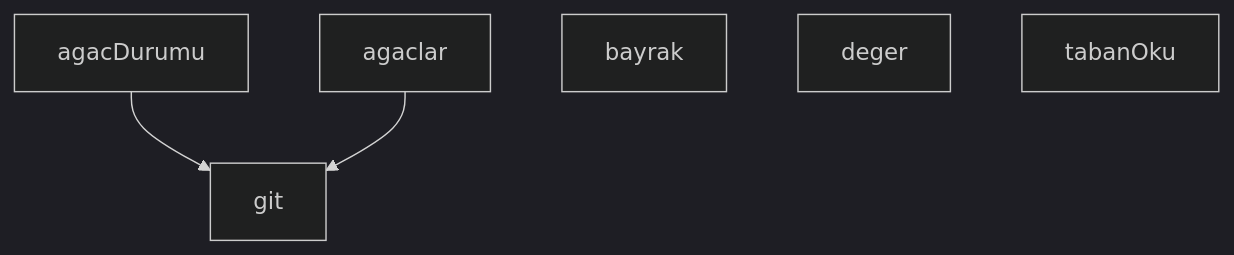
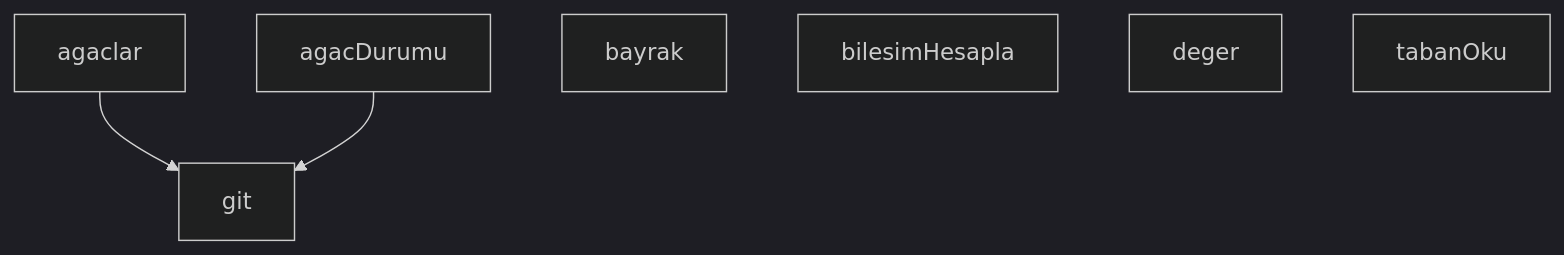
Before and after one commit to peckop/venthub-hvac-esite: the diagram in scripts/hijyen/kirli-sayac.md, drawn with Mermaid (dark theme). The commit also changed other lines of this file, not shown here.

First line of the commit message:
REC-84 Kol-4 (TEMIZLIK): bilesim raporu companion tazelendi

````diff
--- a/scripts/hijyen/kirli-sayac.md
+++ b/scripts/hijyen/kirli-sayac.md
@@ -174,11 +211,12 @@
 ```mermaid
 graph TD
     kirli-sayac_cjs__agacDurumu["agacDurumu"]
     kirli-sayac_cjs__agaclar["agaclar"]
     kirli-sayac_cjs__bayrak["bayrak"]
+    kirli-sayac_cjs__bilesimHesapla["bilesimHesapla"]
     kirli-sayac_cjs__deger["deger"]
     kirli-sayac_cjs__git["git"]
     kirli-sayac_cjs__tabanOku["tabanOku"]
+    kirli-sayac_cjs__agaclar --> kirli-sayac_cjs__git
     kirli-sayac_cjs__agacDurumu --> kirli-sayac_cjs__git
-    kirli-sayac_cjs__agaclar --> kirli-sayac_cjs__git
 ```
````
